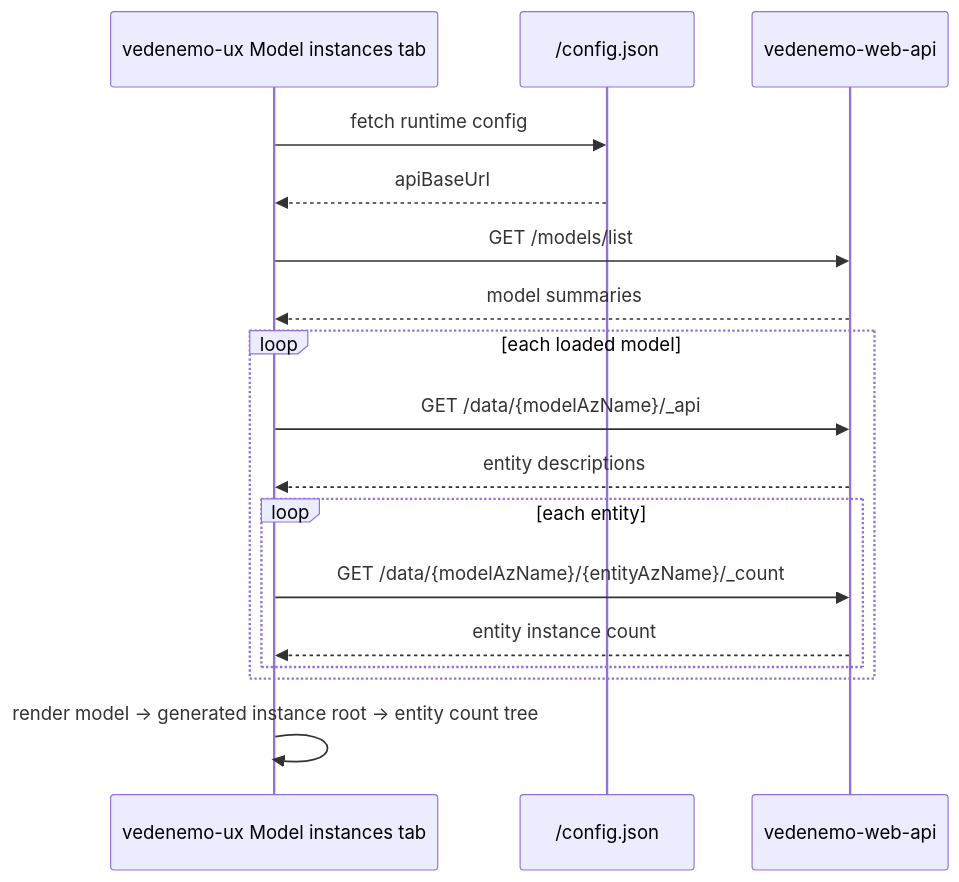
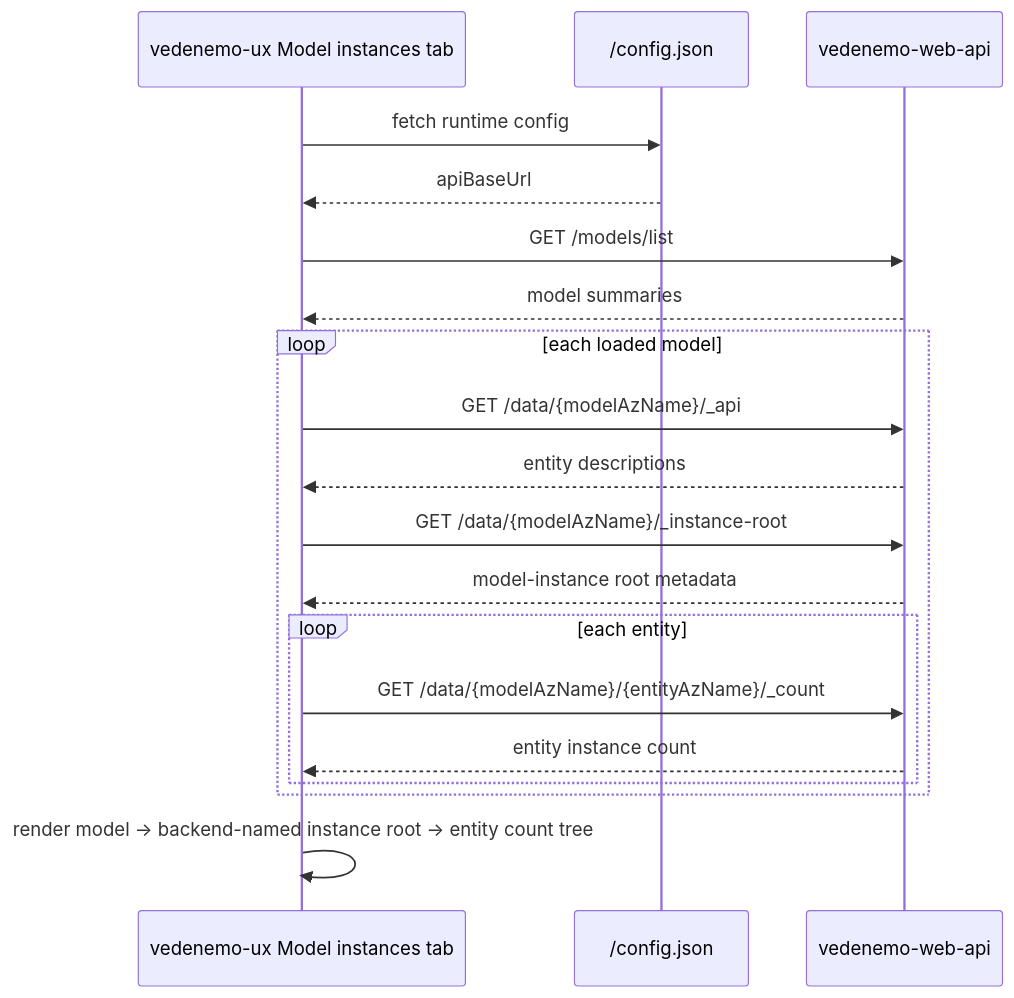
The eighth of 9 diagrams in docs/architecture_doc.md (VedenemoDev/VedenemoMonorepo), drawn with Mermaid before and after one commit. The commit also changed other lines of this file and 12 other files, not shown here.

````diff
--- a/docs/architecture_doc.md
+++ b/docs/architecture_doc.md
@@ -767,20 +773,22 @@
 ```mermaid
 sequenceDiagram
     participant UX as vedenemo-ux Model instances tab
     participant Config as /config.json
     participant API as vedenemo-web-api
 
     UX->>Config: fetch runtime config
     Config-->>UX: apiBaseUrl
     UX->>API: GET /models/list
     API-->>UX: model summaries
     loop each loaded model
         UX->>API: GET /data/{modelAzName}/_api
         API-->>UX: entity descriptions
+        UX->>API: GET /data/{modelAzName}/_instance-root
+        API-->>UX: model-instance root metadata
         loop each entity
             UX->>API: GET /data/{modelAzName}/{entityAzName}/_count
             API-->>UX: entity instance count
         end
     end
-    UX->>UX: render model -> generated instance root -> entity count tree
+    UX->>UX: render model -> backend-named instance root -> entity count tree
 ```
````
